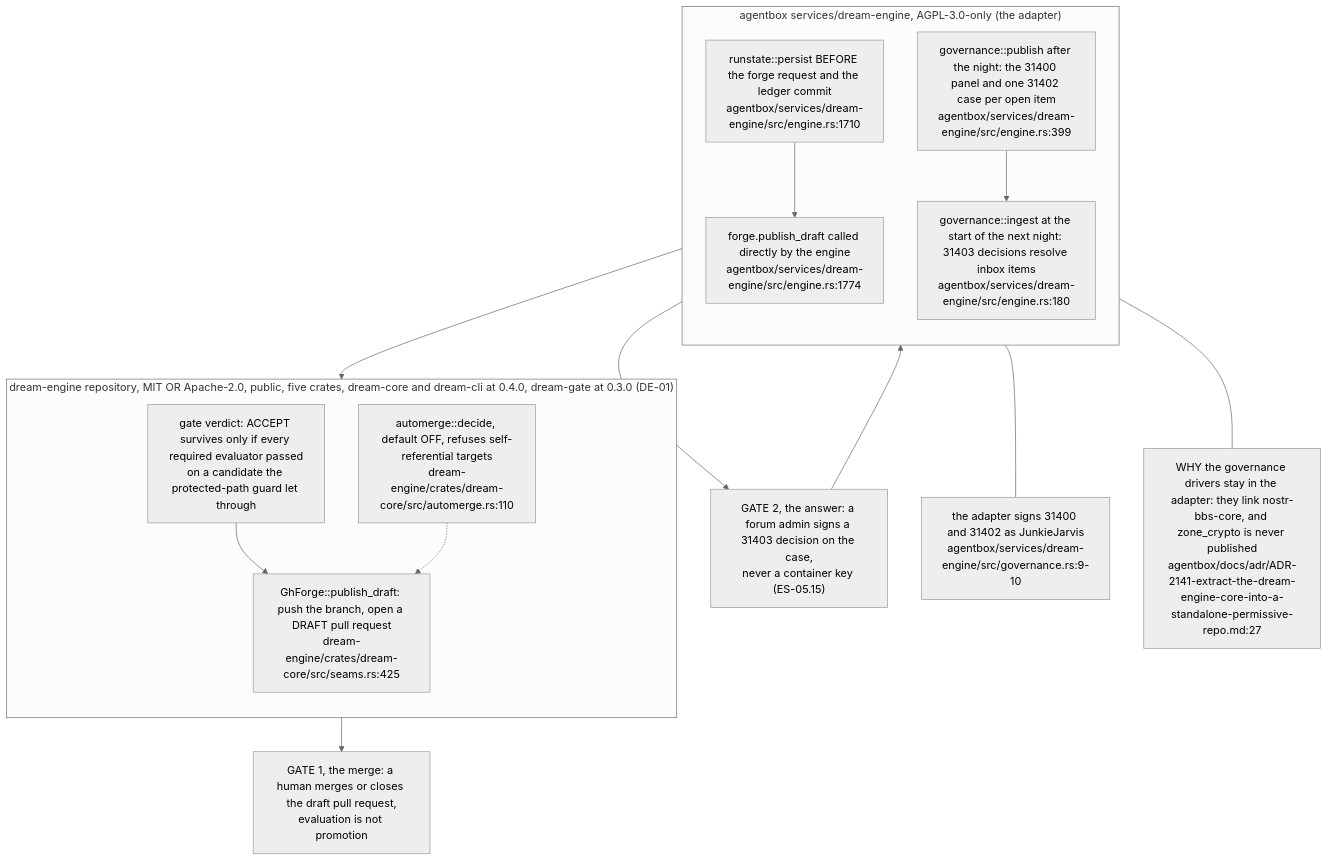
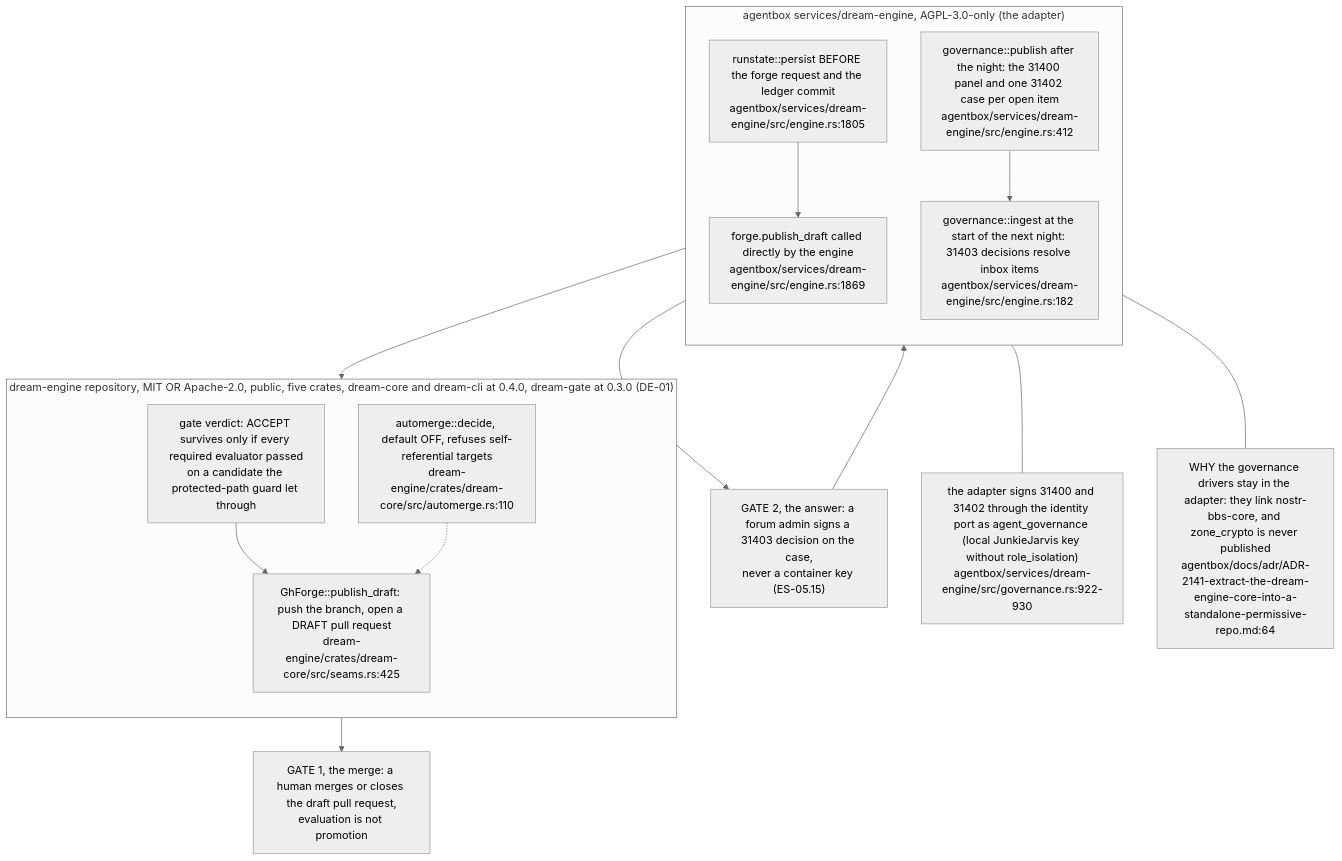
One commit to DreamLab-AI/VisionFlow changed diagram 12 of 12 in docs/diagrams/estate/05-governance-loop-across-estate.md. Above: the diagram before and after it, drawn with Mermaid (neutral theme). The commit also changed other lines of this file and 49 other files, not shown here.

First line of the commit message:
docs(diagrams): re-derive and re-stamp VisionClaw, estate, knowledge-graph, visionGraph, VisionFlow and sidestr topics

````diff
--- a/docs/diagrams/estate/05-governance-loop-across-estate.md
+++ b/docs/diagrams/estate/05-governance-loop-across-estate.md
@@ -394,30 +395,30 @@
 ```mermaid
 flowchart TB
     subgraph CORE["dream-engine repository, MIT OR Apache-2.0, public, five crates, dream-core and dream-cli at 0.4.0, dream-gate at 0.3.0 (DE-01)"]
         direction TB
         VER["gate verdict: ACCEPT survives only if every required evaluator passed<br/>on a candidate the protected-path guard let through"]
         FG["GhForge::publish_draft: push the branch, open a DRAFT pull request<br/>dream-engine/crates/dream-core/src/seams.rs:425"]
         AM["automerge::decide, default OFF, refuses self-referential targets<br/>dream-engine/crates/dream-core/src/automerge.rs:110"]
         VER --> FG
         AM -.-> FG
     end
     subgraph ADAPT["agentbox services/dream-engine, AGPL-3.0-only (the adapter)"]
         direction TB
-        PER["runstate::persist BEFORE the forge request and the ledger commit<br/>agentbox/services/dream-engine/src/engine.rs:1710"]
-        PUB["forge.publish_draft called directly by the engine<br/>agentbox/services/dream-engine/src/engine.rs:1774"]
-        GOVP["governance::publish after the night: the 31400 panel and one 31402 case per open item<br/>agentbox/services/dream-engine/src/engine.rs:399"]
-        GOVI["governance::ingest at the start of the next night: 31403 decisions resolve inbox items<br/>agentbox/services/dream-engine/src/engine.rs:180"]
+        PER["runstate::persist BEFORE the forge request and the ledger commit<br/>agentbox/services/dream-engine/src/engine.rs:1805"]
+        PUB["forge.publish_draft called directly by the engine<br/>agentbox/services/dream-engine/src/engine.rs:1869"]
+        GOVP["governance::publish after the night: the 31400 panel and one 31402 case per open item<br/>agentbox/services/dream-engine/src/engine.rs:412"]
+        GOVI["governance::ingest at the start of the next night: 31403 decisions resolve inbox items<br/>agentbox/services/dream-engine/src/engine.rs:182"]
         PER --> PUB
         GOVP --> GOVI
     end
     PUB --> FG
     PRM["GATE 1, the merge: a human merges or closes the draft pull request,<br/>evaluation is not promotion"]
     FG --> PRM
     FORUM["GATE 2, the answer: a forum admin signs a 31403 decision on the case,<br/>never a container key (ES-05.15)"]
     GOVP --> FORUM
     FORUM --> GOVI
-    SIGN["the adapter signs 31400 and 31402 as JunkieJarvis<br/>agentbox/services/dream-engine/src/governance.rs:9-10"]
+    SIGN["the adapter signs 31400 and 31402 through the identity port as agent_governance (local JunkieJarvis key without role_isolation)<br/>agentbox/services/dream-engine/src/governance.rs:922-930"]
     GOVP --- SIGN
-    WHY["WHY the governance drivers stay in the adapter: they link nostr-bbs-core, and zone_crypto is never published<br/>agentbox/docs/adr/ADR-2141-extract-the-dream-engine-core-into-a-standalone-permissive-repo.md:27"]
+    WHY["WHY the governance drivers stay in the adapter: they link nostr-bbs-core, and zone_crypto is never published<br/>agentbox/docs/adr/ADR-2141-extract-the-dream-engine-core-into-a-standalone-permissive-repo.md:64"]
     ADAPT --- WHY
 ```
````
